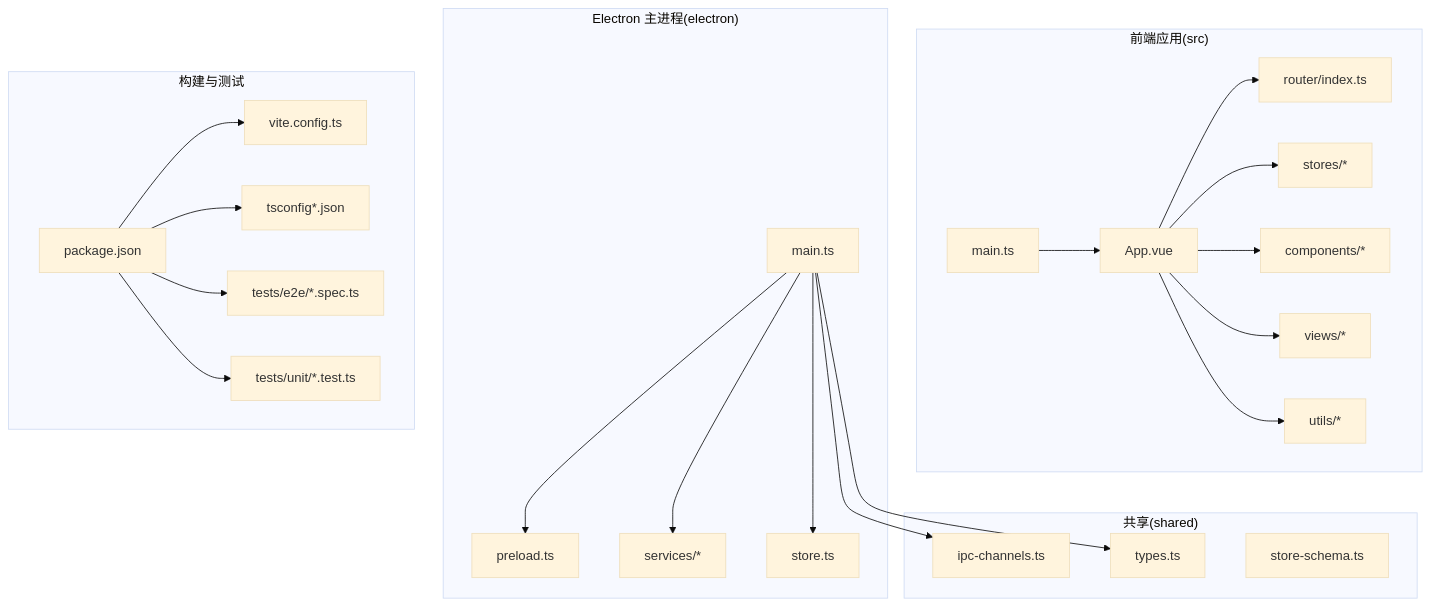
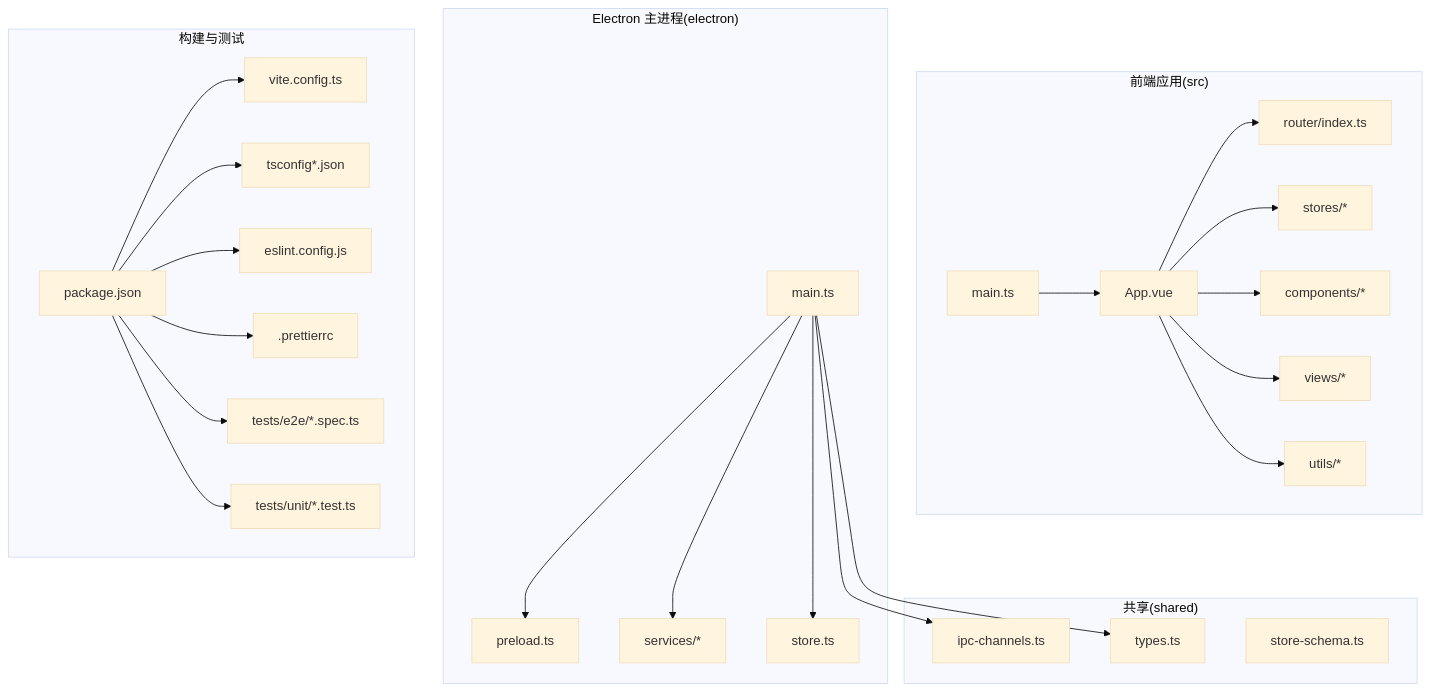
Before and after one commit to Siborne/OJFlow: the first of 5 diagrams in .qoder/repowiki/zh/content/开发指南.md, drawn with Mermaid (base theme). The commit also changed other lines of this file and 12 other files, not shown here.

````diff
--- a/.qoder/repowiki/zh/content/开发指南.md
+++ b/.qoder/repowiki/zh/content/开发指南.md
@@ -43,45 +47,49 @@
 ```mermaid
 graph TB
 subgraph "前端应用(src)"
 A_App["App.vue"]
 A_Main["main.ts"]
 A_Router["router/index.ts"]
 A_Stores["stores/*"]
 A_Components["components/*"]
 A_Views["views/*"]
 A_Utils["utils/*"]
 end
 subgraph "Electron 主进程(electron)"
 E_Main["main.ts"]
 E_Preload["preload.ts"]
 E_Services["services/*"]
 E_Store["store.ts"]
 end
 subgraph "共享(shared)"
 S_IPC["ipc-channels.ts"]
 S_Types["types.ts"]
 S_Schema["store-schema.ts"]
 end
 subgraph "构建与测试"
 Pkg["package.json"]
 Vite["vite.config.ts"]
 TS["tsconfig*.json"]
+ESL["eslint.config.js"]
+Prettier[".prettierrc"]
 Test_E2E["tests/e2e/*.spec.ts"]
 Test_Unit["tests/unit/*.test.ts"]
 end
 A_Main --> A_App
 A_App --> A_Router
 A_App --> A_Stores
 A_App --> A_Components
 A_App --> A_Views
 A_App --> A_Utils
 E_Main --> E_Services
 E_Main --> E_Store
 E_Main --> E_Preload
 E_Main --> S_IPC
 E_Main --> S_Types
 Pkg --> Vite
 Pkg --> TS
+Pkg --> ESL
+Pkg --> Prettier
 Pkg --> Test_E2E
 Pkg --> Test_Unit
 ```
````
